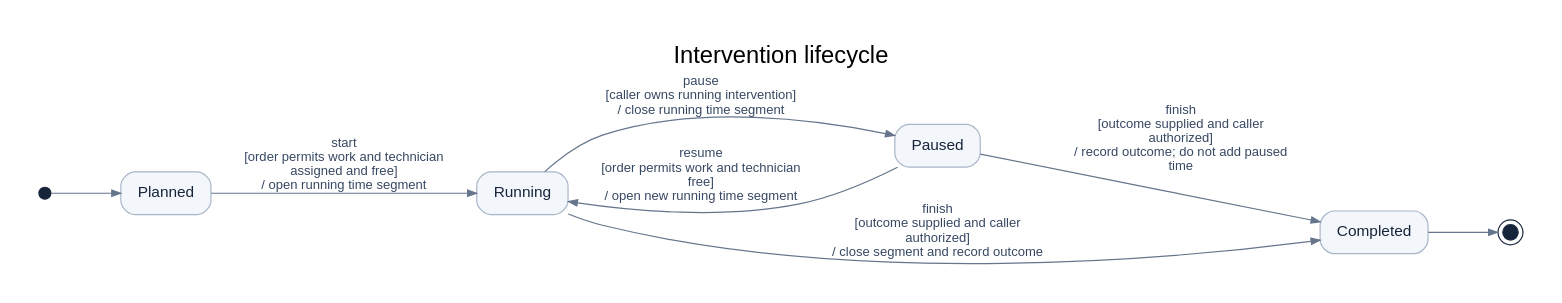
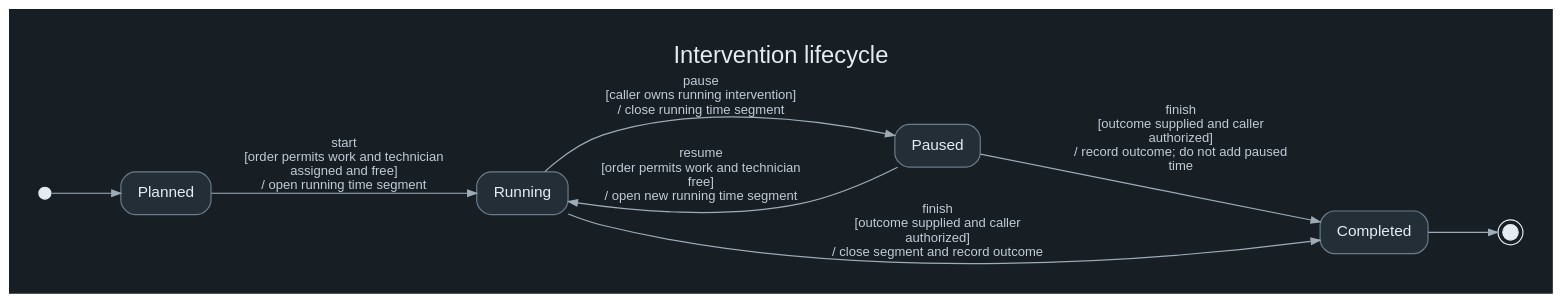
One commit to Kallst/mechanical-workshop changed the diagram in docs/models/diagrams/intervention-states.dot. Above: the diagram before and after it, drawn with Graphviz. The commit also changed 80 other files, not shown here.

Commit message:
feat(atlas): organize bilingual diagrams in the current workshop theme

```diff
--- a/docs/models/diagrams/intervention-states.dot
+++ b/docs/models/diagrams/intervention-states.dot
@@ -1,19 +1,19 @@
 digraph intervention_states {
-graph [rankdir=LR, bgcolor="#ffffff", pad="0.35", nodesep="0.55", ranksep="0.8", fontname="Arial", fontsize=20, labelloc=t, label="Intervention lifecycle", compound=true];
-node [shape=box, style="rounded,filled", fillcolor="#f3f6fa", color="#a8b5c7", fontcolor="#17253b", fontname="Arial", fontsize=13, margin="0.18,0.13"];
-edge [fontname="Arial", fontsize=11, fontcolor="#374862", color="#65758c", arrowsize=0.75];
-start [shape=point, width=0.14, fillcolor="#17253b", color="#17253b"];
+graph [rankdir=LR, bgcolor="#171e24", pad="0.35", nodesep="0.55", ranksep="0.8", fontname="Arial", fontsize=20, fontcolor="#e5edf3", labelloc=t, label="Intervention lifecycle", compound=true];
+node [shape=box, style="rounded,filled", fillcolor="#232e37", color="#697b8b", fontcolor="#e5edf3", fontname="Arial", fontsize=13, margin="0.18,0.13"];
+edge [fontname="Arial", fontsize=11, fontcolor="#c0ccd6", color="#9eacb7", arrowsize=0.75];
+start [shape=point, width=0.14, fillcolor="#e5edf3", color="#e5edf3"];
 "Planned" [label="Planned"];
 "Running" [label="Running"];
 "Paused" [label="Paused"];
 "Completed" [label="Completed"];
 "start" -> "Planned" [label=""];
 "Planned" -> "Running" [label="start\n[order permits work and technician\nassigned and free]\n/ open running time segment"];
 "Running" -> "Paused" [label="pause\n[caller owns running intervention]\n/ close running time segment"];
 "Paused" -> "Running" [label="resume\n[order permits work and technician\nfree]\n/ open new running time segment"];
 "Running" -> "Completed" [label="finish\n[outcome supplied and caller\nauthorized]\n/ close segment and record outcome"];
 "Paused" -> "Completed" [label="finish\n[outcome supplied and caller\nauthorized]\n/ record outcome; do not add paused\ntime"];
-end0 [shape=doublecircle, label="", width=0.18, height=0.18, fixedsize=true, fillcolor="#17253b", color="#17253b"];
+end0 [shape=doublecircle, label="", width=0.18, height=0.18, fixedsize=true, fillcolor="#e5edf3", color="#e5edf3"];
 "Completed" -> "end0" [label=""];
 
 }
```
